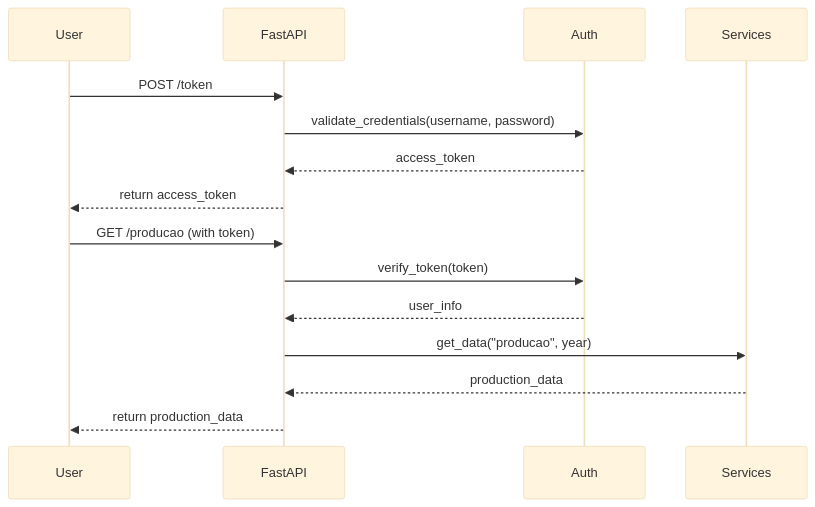
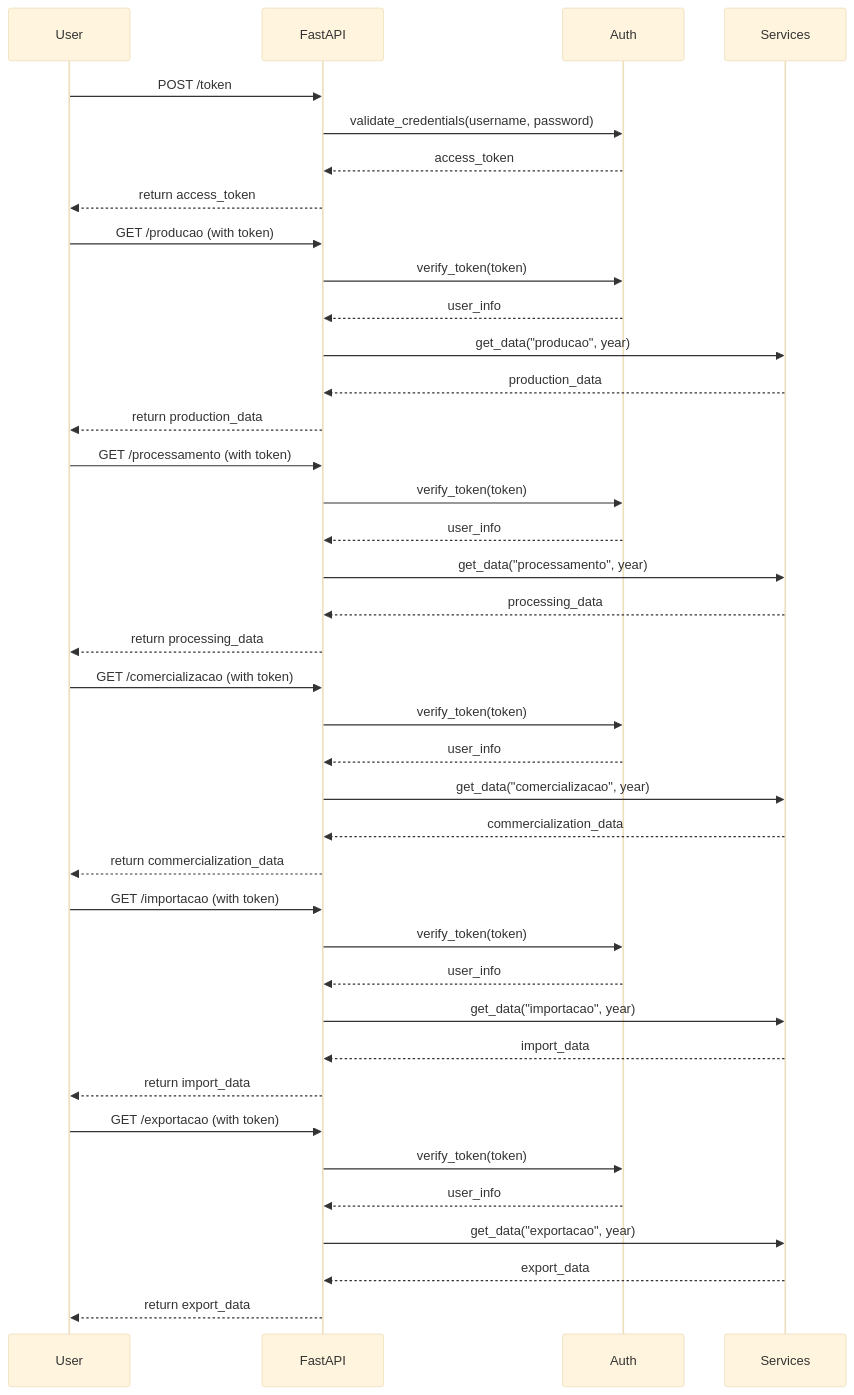
One commit to diegoalber1/ml-tech-fiap-vitivinicultura-api changed the fourth of 8 diagrams in README.md. Above: the diagram before and after it, drawn with Mermaid (base theme). The commit also changed other lines of this file, not shown here.

Commit message:
sequence diagram

````diff
--- a/README.md
+++ b/README.md
@@ -275,20 +275,49 @@
 ```mermaid
 sequenceDiagram
     participant User
     participant FastAPI
     participant Auth
     participant Services
 
     User->>FastAPI: POST /token
     FastAPI->>Auth: validate_credentials(username, password)
     Auth-->>FastAPI: access_token
     FastAPI-->>User: return access_token
 
     User->>FastAPI: GET /producao (with token)
     FastAPI->>Auth: verify_token(token)
     Auth-->>FastAPI: user_info
     FastAPI->>Services: get_data("producao", year)
     Services-->>FastAPI: production_data
     FastAPI-->>User: return production_data
 
+    User->>FastAPI: GET /processamento (with token)
+    FastAPI->>Auth: verify_token(token)
+    Auth-->>FastAPI: user_info
+    FastAPI->>Services: get_data("processamento", year)
+    Services-->>FastAPI: processing_data
+    FastAPI-->>User: return processing_data
+
+    User->>FastAPI: GET /comercializacao (with token)
+    FastAPI->>Auth: verify_token(token)
+    Auth-->>FastAPI: user_info
+    FastAPI->>Services: get_data("comercializacao", year)
+    Services-->>FastAPI: commercialization_data
+    FastAPI-->>User: return commercialization_data
+
+    User->>FastAPI: GET /importacao (with token)
+    FastAPI->>Auth: verify_token(token)
+    Auth-->>FastAPI: user_info
+    FastAPI->>Services: get_data("importacao", year)
+    Services-->>FastAPI: import_data
+    FastAPI-->>User: return import_data
+
+    User->>FastAPI: GET /exportacao (with token)
+    FastAPI->>Auth: verify_token(token)
+    Auth-->>FastAPI: user_info
+    FastAPI->>Services: get_data("exportacao", year)
+    Services-->>FastAPI: export_data
+    FastAPI-->>User: return export_data
+
+
 ```
````
